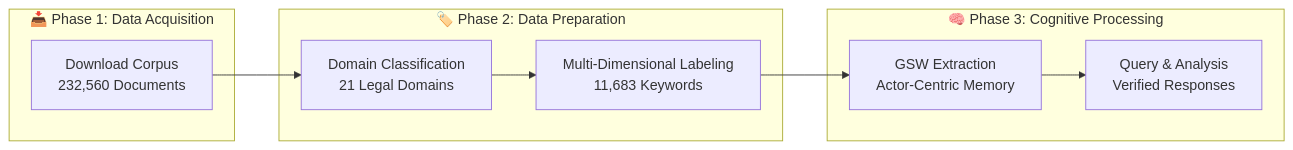
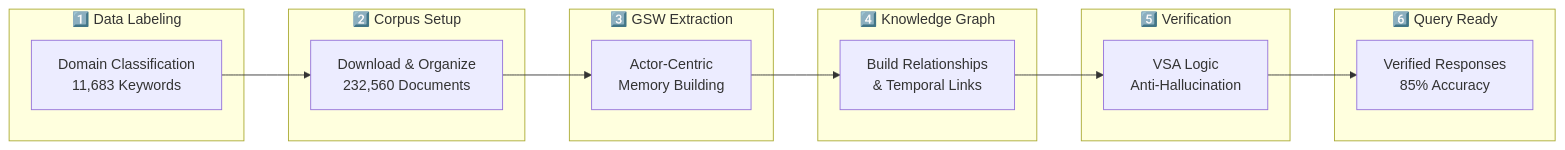
One commit to Verridian-ai/Functional-Structure-of-Episodic-Memory changed diagram 13 of 17 in README.md. Above: the diagram before and after it, drawn with Mermaid. The commit also changed other lines of this file, not shown here.

First line of the commit message:
docs: Restructure to 6-step pipeline with Data Labeling first

````diff
--- a/README.md
+++ b/README.md
@@ -880,18 +882,28 @@
 ```mermaid
 flowchart LR
-    subgraph Phase1["📥 Phase 1: Data Acquisition"]
-        DL[Download Corpus<br/>232,560 Documents]
+    subgraph Step1["1️⃣ Data Labeling"]
+        LABEL[Domain Classification<br/>11,683 Keywords]
     end
 
-    subgraph Phase2["🏷️ Phase 2: Data Preparation"]
-        CLASSIFY[Domain Classification<br/>21 Legal Domains]
-        LABEL[Multi-Dimensional Labeling<br/>11,683 Keywords]
+    subgraph Step2["2️⃣ Corpus Setup"]
+        DL[Download & Organize<br/>232,560 Documents]
     end
 
-    subgraph Phase3["🧠 Phase 3: Cognitive Processing"]
-        GSW[GSW Extraction<br/>Actor-Centric Memory]
-        QUERY[Query & Analysis<br/>Verified Responses]
+    subgraph Step3["3️⃣ GSW Extraction"]
+        GSW[Actor-Centric<br/>Memory Building]
     end
 
-    DL --> CLASSIFY --> LABEL --> GSW --> QUERY
+    subgraph Step4["4️⃣ Knowledge Graph"]
+        KG[Build Relationships<br/>& Temporal Links]
+    end
+
+    subgraph Step5["5️⃣ Verification"]
+        VSA[VSA Logic<br/>Anti-Hallucination]
+    end
+
+    subgraph Step6["6️⃣ Query Ready"]
+        QUERY[Verified Responses<br/>85% Accuracy]
+    end
+
+    LABEL --> DL --> GSW --> KG --> VSA --> QUERY
 ```
````
